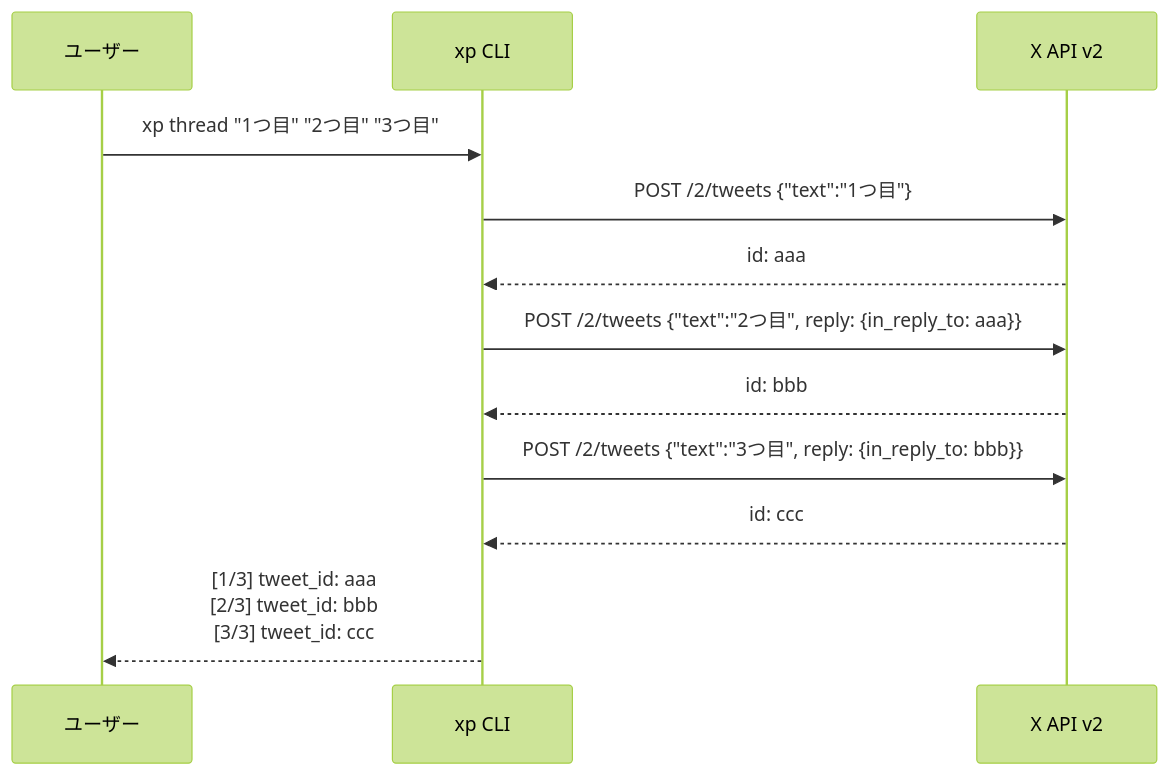
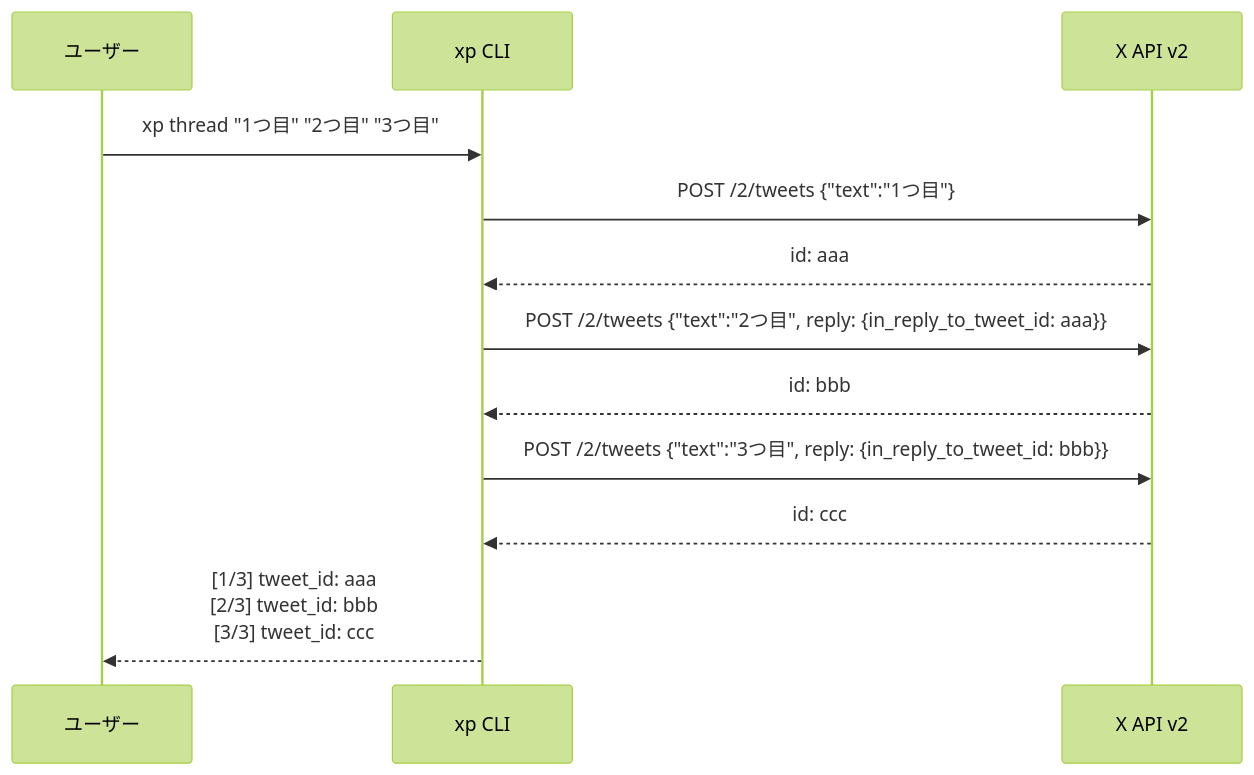
Before and after one commit to tawachan/xp: the third of 4 diagrams in README.md, drawn with Mermaid (forest theme).

Commit message:
Fix reply field name in Mermaid diagram
in_reply_to → in_reply_to_tweet_id (X API v2 の正しいフィールド名)

````diff
--- a/README.md
+++ b/README.md
@@ -136,15 +136,15 @@
 ```mermaid
 sequenceDiagram
     participant U as ユーザー
     participant X as xp CLI
     participant A as X API v2
 
     U->>X: xp thread "1つ目" "2つ目" "3つ目"
     X->>A: POST /2/tweets {"text":"1つ目"}
     A-->>X: id: aaa
-    X->>A: POST /2/tweets {"text":"2つ目", reply: {in_reply_to: aaa}}
+    X->>A: POST /2/tweets {"text":"2つ目", reply: {in_reply_to_tweet_id: aaa}}
     A-->>X: id: bbb
-    X->>A: POST /2/tweets {"text":"3つ目", reply: {in_reply_to: bbb}}
+    X->>A: POST /2/tweets {"text":"3つ目", reply: {in_reply_to_tweet_id: bbb}}
     A-->>X: id: ccc
     X-->>U: [1/3] tweet_id: aaa<br/>[2/3] tweet_id: bbb<br/>[3/3] tweet_id: ccc
 ```
````
